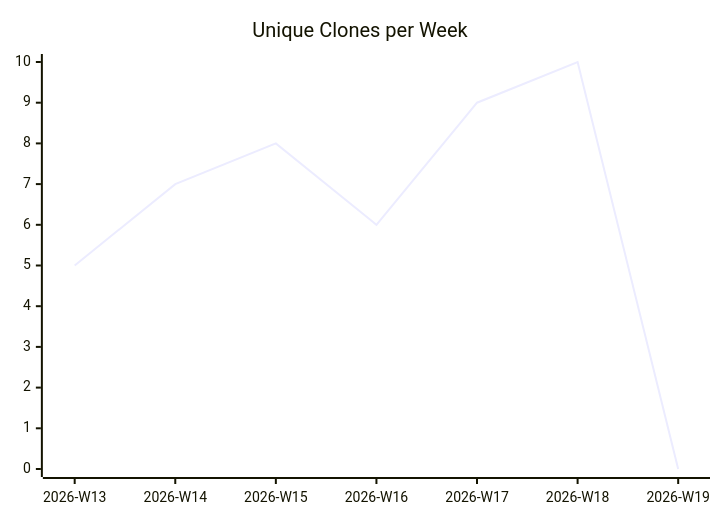
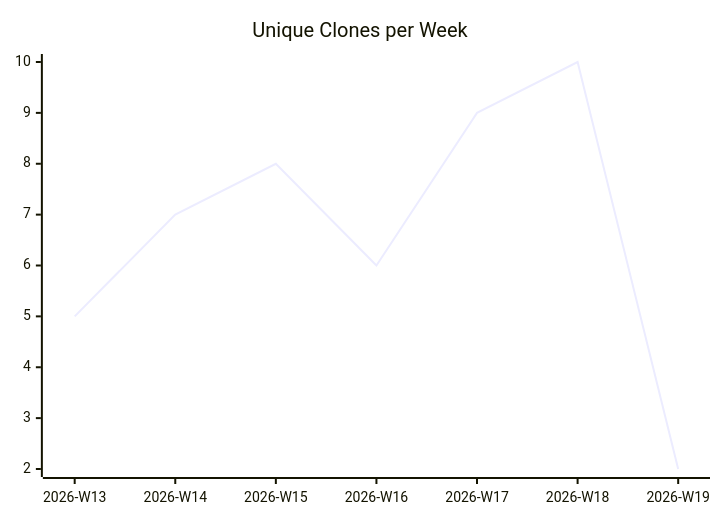
One commit to justdavis-family/github-analytics-data changed the third of 3 diagrams in karlmdavis/ansible-role-jenkins2/README.md. Above: the diagram before and after it, drawn with Mermaid. The commit also changed other lines of this file and 187 other files, not shown here.

````diff
--- a/karlmdavis/ansible-role-jenkins2/README.md
+++ b/karlmdavis/ansible-role-jenkins2/README.md
@@ -19,6 +19,6 @@
 ```mermaid
 xychart-beta
   title "Unique Clones per Week"
   x-axis ["2026-W13", "2026-W14", "2026-W15", "2026-W16", "2026-W17", "2026-W18", "2026-W19"]
-  line [5, 7, 8, 6, 9, 10, 0]
+  line [5, 7, 8, 6, 9, 10, 2]
 ```
````
